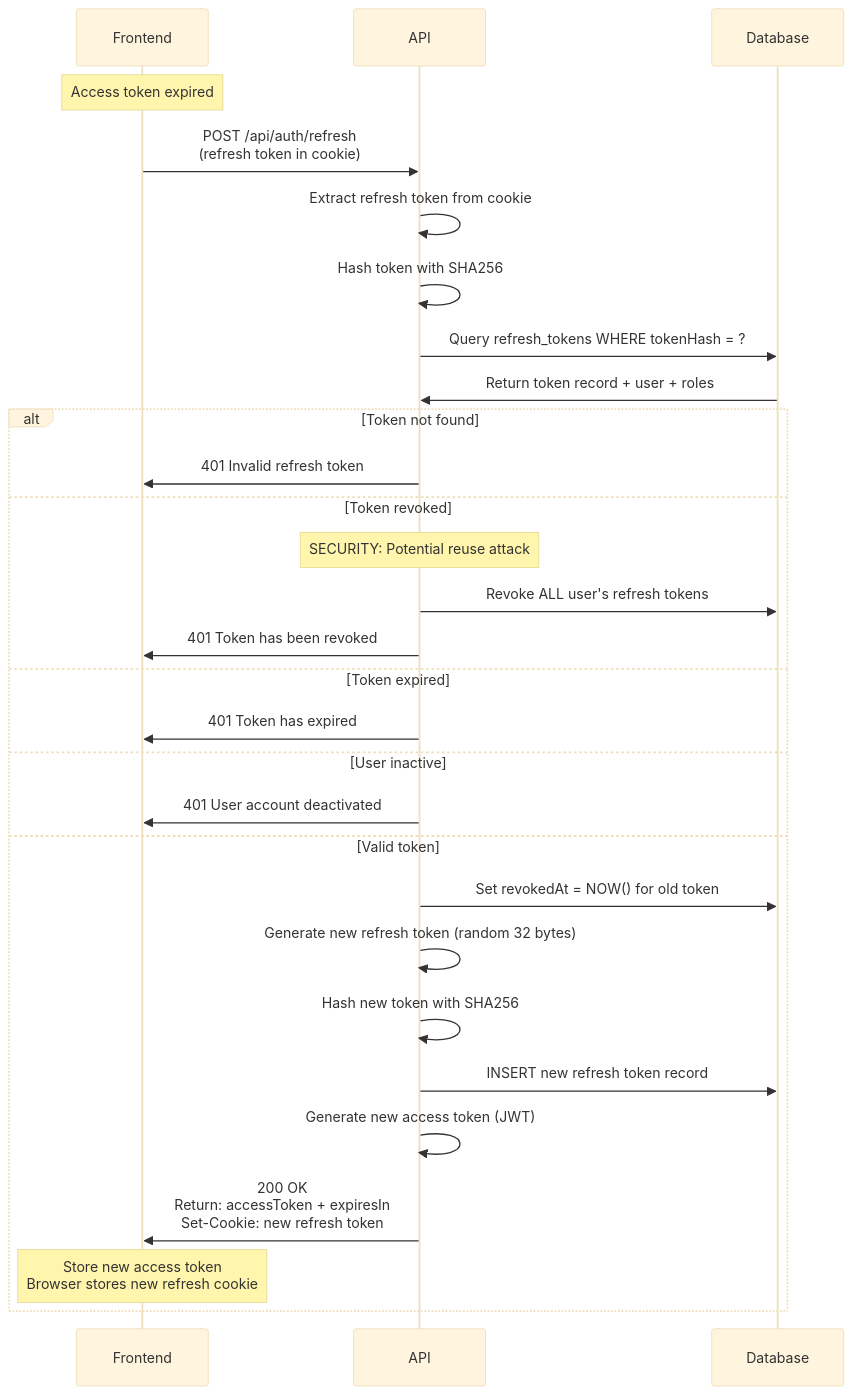
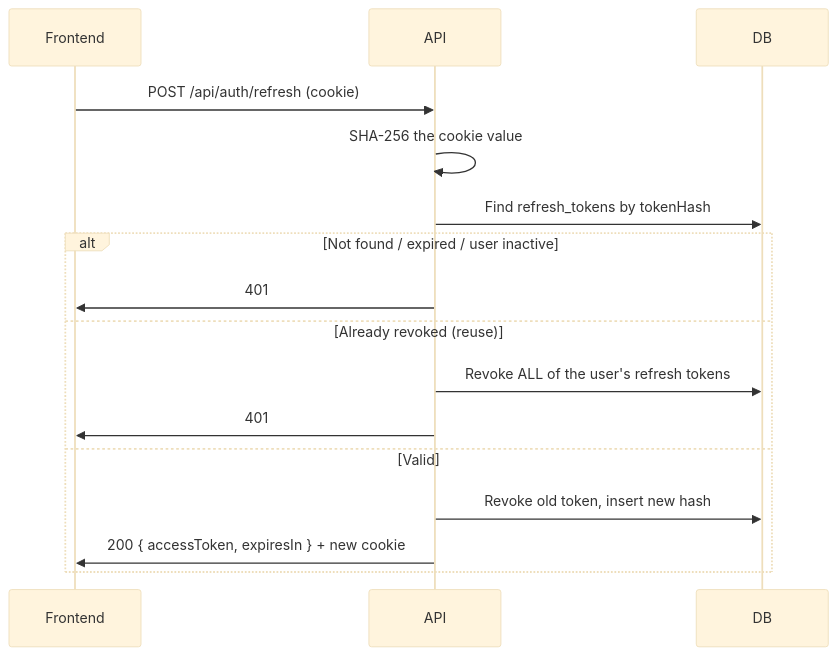
The second of 5 diagrams in docs/SECURITY-ARCHITECTURE.md (marinoscar/EnterpriseAppBase), drawn with Mermaid (base theme) before and after one commit. The commit also changed other lines of this file and 134 other files, not shown here.

````diff
--- a/docs/SECURITY-ARCHITECTURE.md
+++ b/docs/SECURITY-ARCHITECTURE.md
@@ -150,33 +253,19 @@
 ```mermaid
 sequenceDiagram
     participant Frontend
     participant API
-    participant Database
+    participant DB
 
-    Note over Frontend: Access token expired
-    Frontend->>API: POST /api/auth/refresh<br/>(refresh token in cookie)
-    API->>API: Extract refresh token from cookie
-    API->>API: Hash token with SHA256
-    API->>Database: Query refresh_tokens WHERE tokenHash = ?
-    Database->>API: Return token record + user + roles
-
-    alt Token not found
-        API->>Frontend: 401 Invalid refresh token
-    else Token revoked
-        Note over API: SECURITY: Potential reuse attack
-        API->>Database: Revoke ALL user's refresh tokens
-        API->>Frontend: 401 Token has been revoked
-    else Token expired
-        API->>Frontend: 401 Token has expired
-    else User inactive
-        API->>Frontend: 401 User account deactivated
-    else Valid token
-        API->>Database: Set revokedAt = NOW() for old token
-        API->>API: Generate new refresh token (random 32 bytes)
-        API->>API: Hash new token with SHA256
-        API->>Database: INSERT new refresh token record
-        API->>API: Generate new access token (JWT)
-        API->>Frontend: 200 OK<br/>Return: accessToken + expiresIn<br/>Set-Cookie: new refresh token
-        Note over Frontend: Store new access token<br/>Browser stores new refresh cookie
+    Frontend->>API: POST /api/auth/refresh (cookie)
+    API->>API: SHA-256 the cookie value
+    API->>DB: Find refresh_tokens by tokenHash
+    alt Not found / expired / user inactive
+        API->>Frontend: 401
+    else Already revoked (reuse)
+        API->>DB: Revoke ALL of the user's refresh tokens
+        API->>Frontend: 401
+    else Valid
+        API->>DB: Revoke old token, insert new hash
+        API->>Frontend: 200 { accessToken, expiresIn } + new cookie
     end
 ```
````
